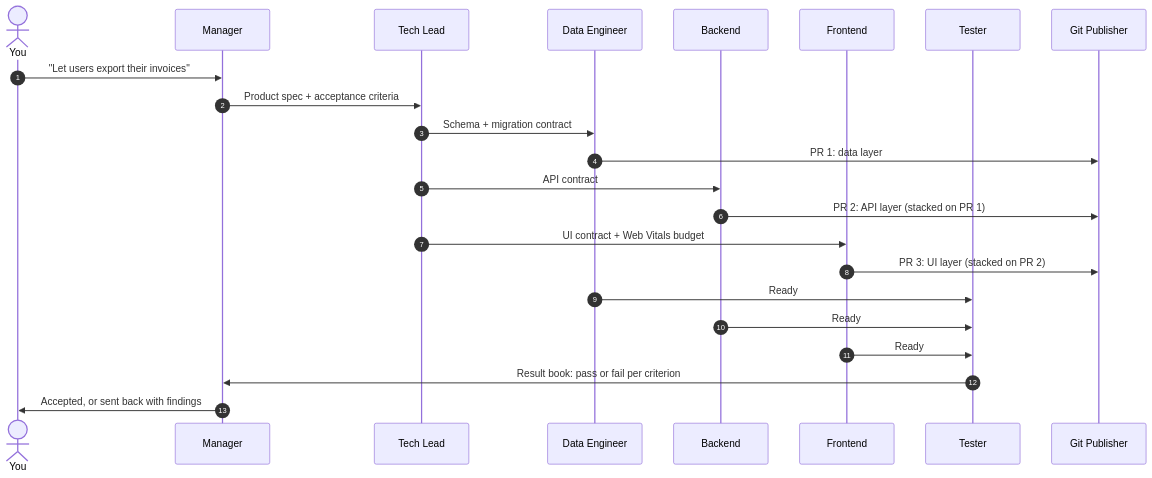
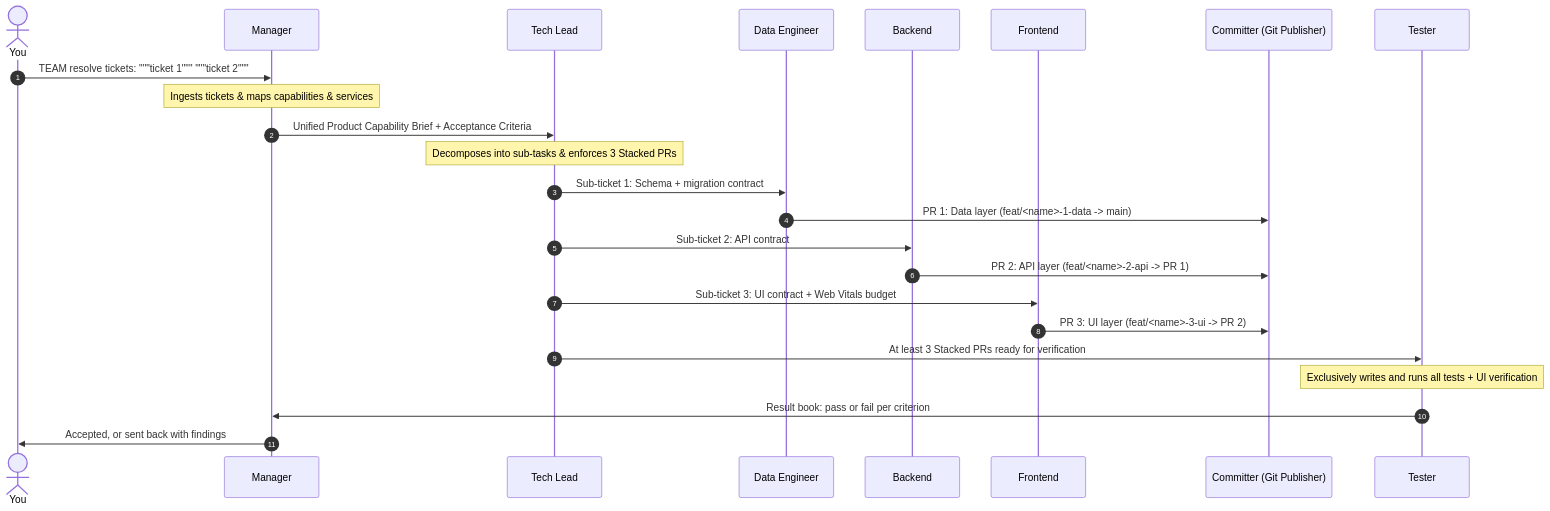
The second of 2 diagrams in README.md (pato-byepaper/agentic-engineering), drawn with Mermaid before and after one commit. The commit also changed other lines of this file, not shown here.

Commit message:
docs(readme): document TEAM trigger flow, 3 stacked PRs, and committer guardrail

````diff
--- a/README.md
+++ b/README.md
@@ -207,26 +207,27 @@
 ```mermaid
 sequenceDiagram
     autonumber
     actor You
     participant M as Manager
     participant TL as Tech Lead
     participant DE as Data Engineer
     participant BE as Backend
     participant FE as Frontend
+    participant GP as Committer (Git Publisher)
     participant T as Tester
-    participant GP as Git Publisher
 
-    You->>M: "Let users export their invoices"
-    M->>TL: Product spec + acceptance criteria
-    TL->>DE: Schema + migration contract
-    DE->>GP: PR 1: data layer
-    TL->>BE: API contract
-    BE->>GP: PR 2: API layer (stacked on PR 1)
-    TL->>FE: UI contract + Web Vitals budget
-    FE->>GP: PR 3: UI layer (stacked on PR 2)
-    DE->>T: Ready
-    BE->>T: Ready
-    FE->>T: Ready
+    You->>M: TEAM resolve tickets: """ticket 1""" """ticket 2"""
+    Note over M: Ingests tickets & maps capabilities & services
+    M->>TL: Unified Product Capability Brief + Acceptance Criteria
+    Note over TL: Decomposes into sub-tasks & enforces 3 Stacked PRs
+    TL->>DE: Sub-ticket 1: Schema + migration contract
+    DE->>GP: PR 1: Data layer (feat/<name>-1-data -> main)
+    TL->>BE: Sub-ticket 2: API contract
+    BE->>GP: PR 2: API layer (feat/<name>-2-api -> PR 1)
+    TL->>FE: Sub-ticket 3: UI contract + Web Vitals budget
+    FE->>GP: PR 3: UI layer (feat/<name>-3-ui -> PR 2)
+    TL->>T: At least 3 Stacked PRs ready for verification
+    Note over T: Exclusively writes and runs all tests + UI verification
     T->>M: Result book: pass or fail per criterion
     M->>You: Accepted, or sent back with findings
 ```
````
